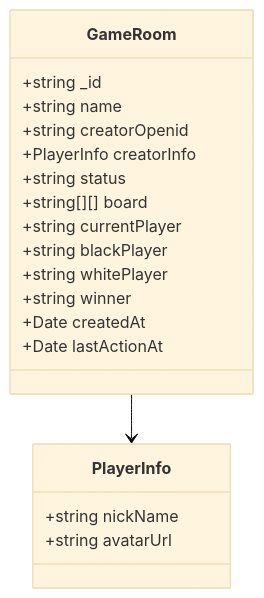
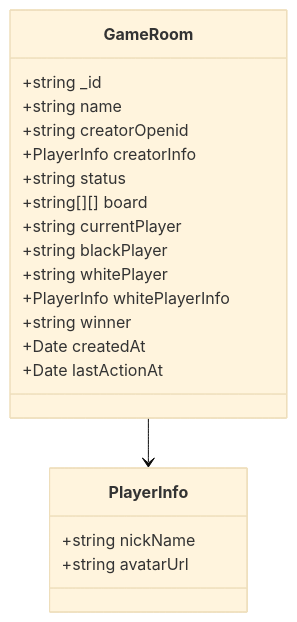
Before and after one commit to duwenbin0316/wx-game-app: the fourth of 4 diagrams in .mini-wiki/wiki/architecture.md, drawn with Mermaid (base theme). The commit also changed other lines of this file and 5 other files, not shown here.

````diff
--- a/.mini-wiki/wiki/architecture.md
+++ b/.mini-wiki/wiki/architecture.md
@@ -138,22 +75,23 @@
 ```mermaid
 classDiagram
 class GameRoom {
   +string _id
   +string name
   +string creatorOpenid
   +PlayerInfo creatorInfo
   +string status
   +string[][] board
   +string currentPlayer
   +string blackPlayer
   +string whitePlayer
+  +PlayerInfo whitePlayerInfo
   +string winner
   +Date createdAt
   +Date lastActionAt
 }
 class PlayerInfo {
   +string nickName
   +string avatarUrl
 }
 GameRoom --> PlayerInfo
 ```
````
